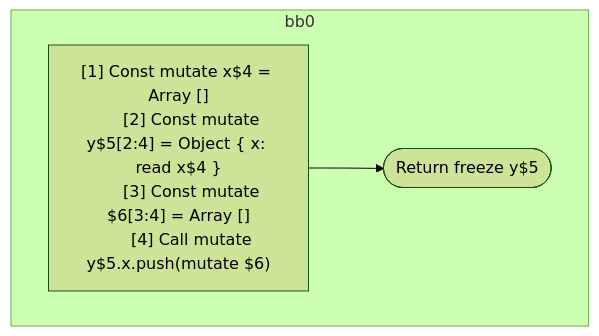
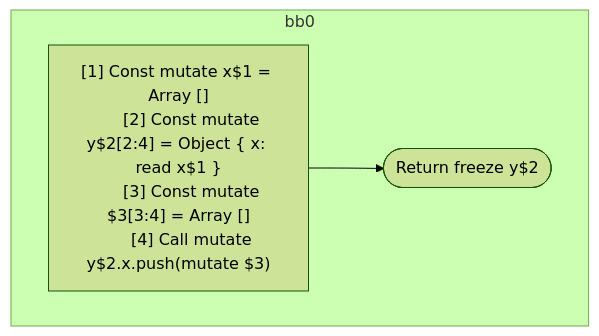
Before and after one commit to wutsmog/private: the diagram in compiler/forget/src/__tests__/fixtures/hir/ssa-property-call.expect.md, drawn with Mermaid (forest theme). The commit also changed other lines of this file and 57 other files, not shown here.

````diff
--- a/compiler/forget/src/__tests__/fixtures/hir/ssa-property-call.expect.md
+++ b/compiler/forget/src/__tests__/fixtures/hir/ssa-property-call.expect.md
@@ -27,16 +27,16 @@
 ```mermaid
 flowchart TB
   %% Basic Blocks
   subgraph bb0
     bb0_instrs["
-      [1] Const mutate x$4 = Array []
-      [2] Const mutate y$5[2:4] = Object { x: read x$4 }
-      [3] Const mutate $6[3:4] = Array []
-      [4] Call mutate y$5.x.push(mutate $6)
+      [1] Const mutate x$1 = Array []
+      [2] Const mutate y$2[2:4] = Object { x: read x$1 }
+      [3] Const mutate $3[3:4] = Array []
+      [4] Call mutate y$2.x.push(mutate $3)
     "]
-    bb0_instrs --> bb0_terminal(["Return freeze y$5"])
+    bb0_instrs --> bb0_terminal(["Return freeze y$2"])
   end
 
   %% Jumps
   %% empty
 ```
````
